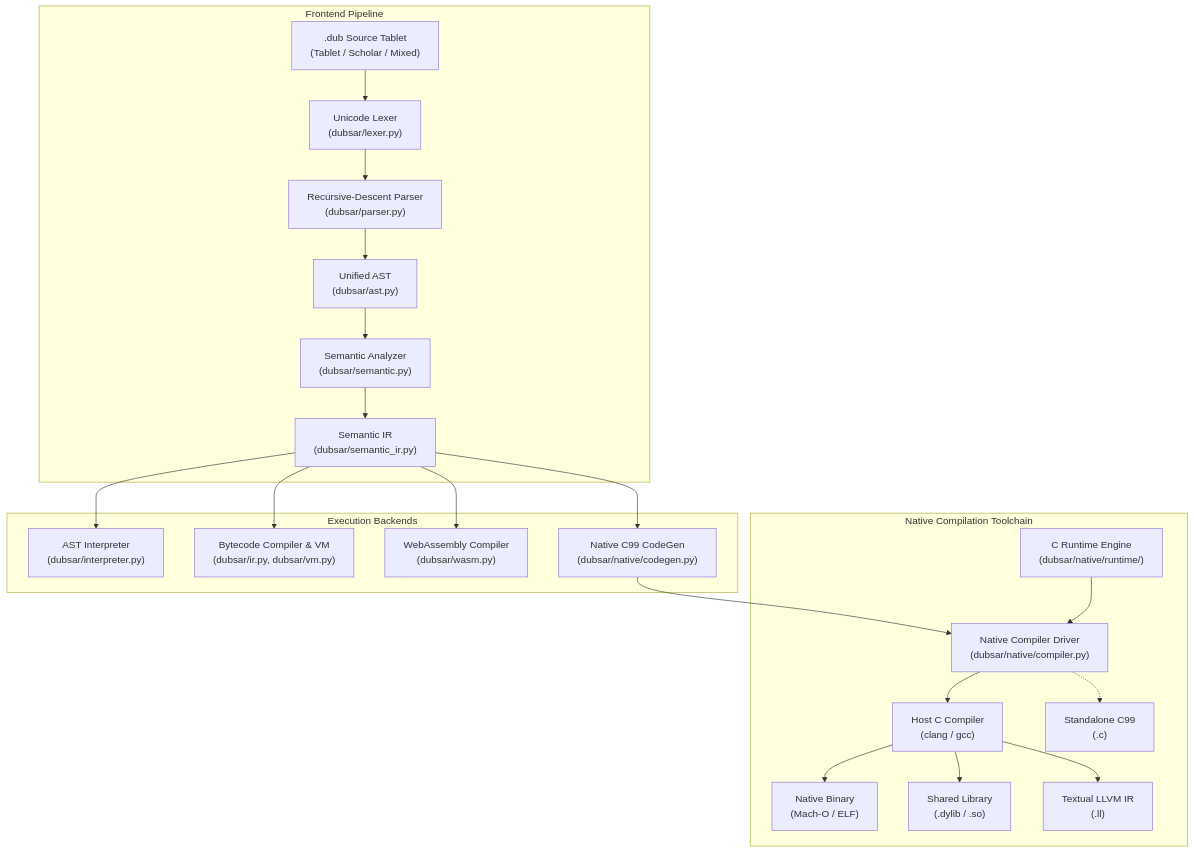
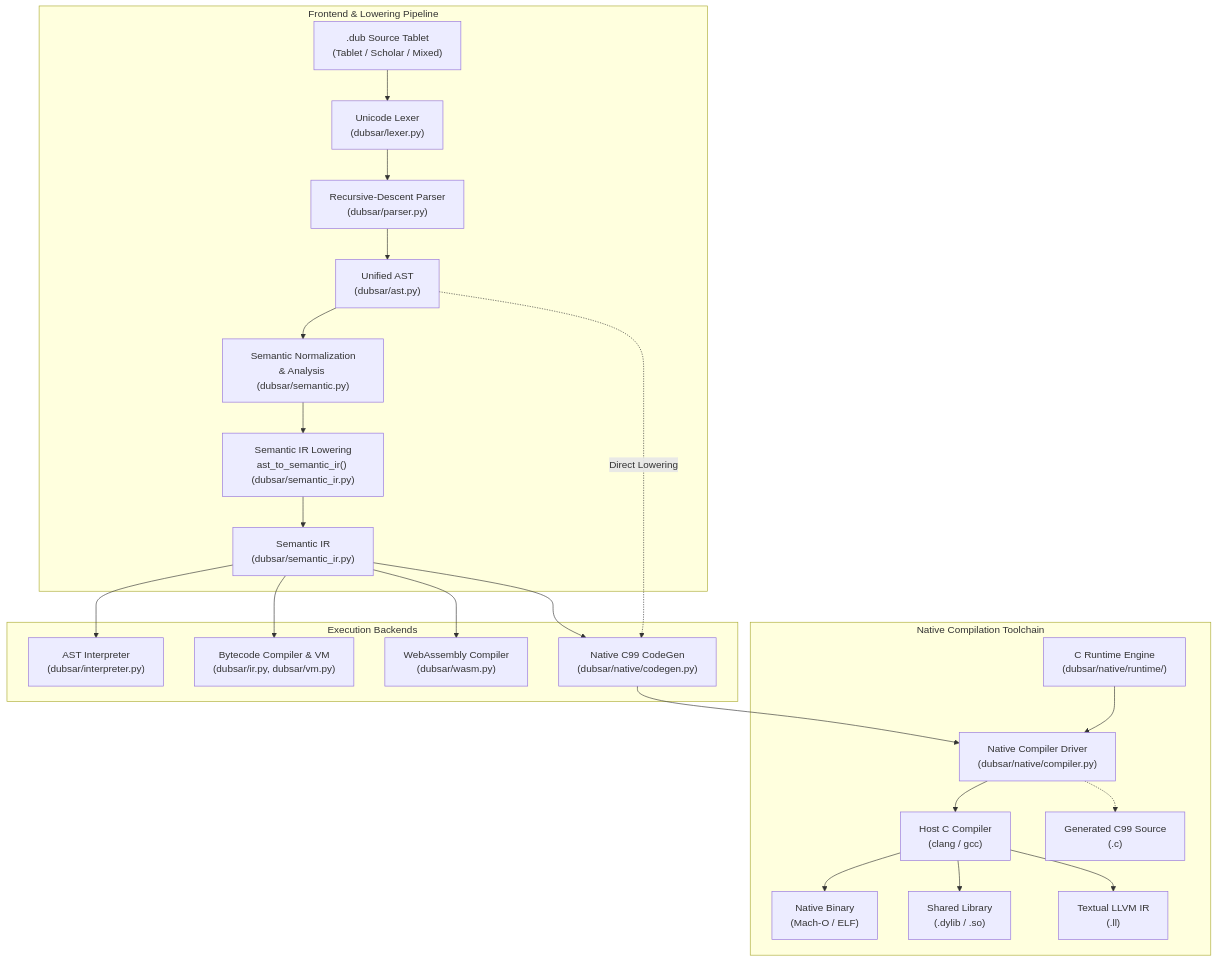
Before and after one commit to fitter22/dub.sar: the diagram in docs/compiler/architecture.md, drawn with Mermaid. The commit also changed other lines of this file and 4 other files, not shown here.

First line of the commit message:
docs: address code review findings on native compiler architecture and CI

````diff
--- a/docs/compiler/architecture.md
+++ b/docs/compiler/architecture.md
@@ -11,49 +11,52 @@
 ```mermaid
 flowchart TD
-    subgraph Frontend["Frontend Pipeline"]
+    subgraph Frontend["Frontend & Lowering Pipeline"]
         Source[".dub Source Tablet<br/>(Tablet / Scholar / Mixed)"]
         Lexer["Unicode Lexer<br/>(dubsar/lexer.py)"]
         Parser["Recursive-Descent Parser<br/>(dubsar/parser.py)"]
         AST["Unified AST<br/>(dubsar/ast.py)"]
-        Semantic["Semantic Analyzer<br/>(dubsar/semantic.py)"]
+        Normalizer["Semantic Normalization<br/>& Analysis (dubsar/semantic.py)"]
+        IRLower["Semantic IR Lowering<br/>ast_to_semantic_ir() (dubsar/semantic_ir.py)"]
         IR["Semantic IR<br/>(dubsar/semantic_ir.py)"]
 
         Source --> Lexer
         Lexer --> Parser
         Parser --> AST
-        AST --> Semantic
-        Semantic --> IR
+        AST --> Normalizer
+        Normalizer --> IRLower
+        IRLower --> IR
     end
 
     subgraph Backends["Execution Backends"]
         ASTEval["AST Interpreter<br/>(dubsar/interpreter.py)"]
         VMComp["Bytecode Compiler & VM<br/>(dubsar/ir.py, dubsar/vm.py)"]
         WasmComp["WebAssembly Compiler<br/>(dubsar/wasm.py)"]
         NativeComp["Native C99 CodeGen<br/>(dubsar/native/codegen.py)"]
 
         IR --> ASTEval
         IR --> VMComp
         IR --> WasmComp
         IR --> NativeComp
+        AST -.->|"Direct Lowering"| NativeComp
     end
 
     subgraph NativeToolchain["Native Compilation Toolchain"]
         Runtime["C Runtime Engine<br/>(dubsar/native/runtime/)"]
         Driver["Native Compiler Driver<br/>(dubsar/native/compiler.py)"]
         HostCC["Host C Compiler<br/>(clang / gcc)"]
 
         NativeComp --> Driver
         Runtime --> Driver
         Driver --> HostCC
 
         Bin["Native Binary<br/>(Mach-O / ELF)"]
         Shared["Shared Library<br/>(.dylib / .so)"]
         LLVM["Textual LLVM IR<br/>(.ll)"]
-        CSource["Standalone C99<br/>(.c)"]
+        CSource["Generated C99 Source<br/>(.c)"]
 
         HostCC --> Bin
         HostCC --> Shared
         HostCC --> LLVM
         Driver -.-> CSource
     end
 ```
````
